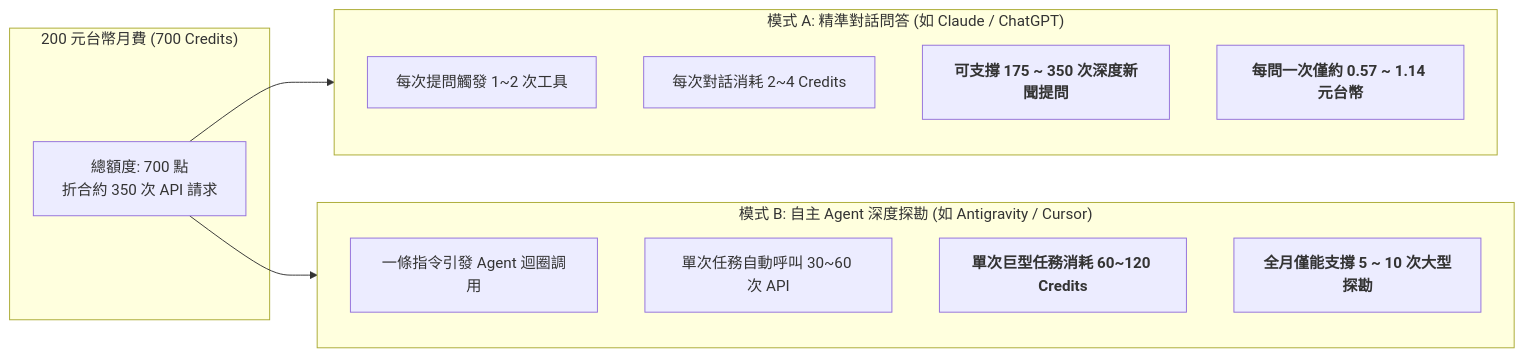
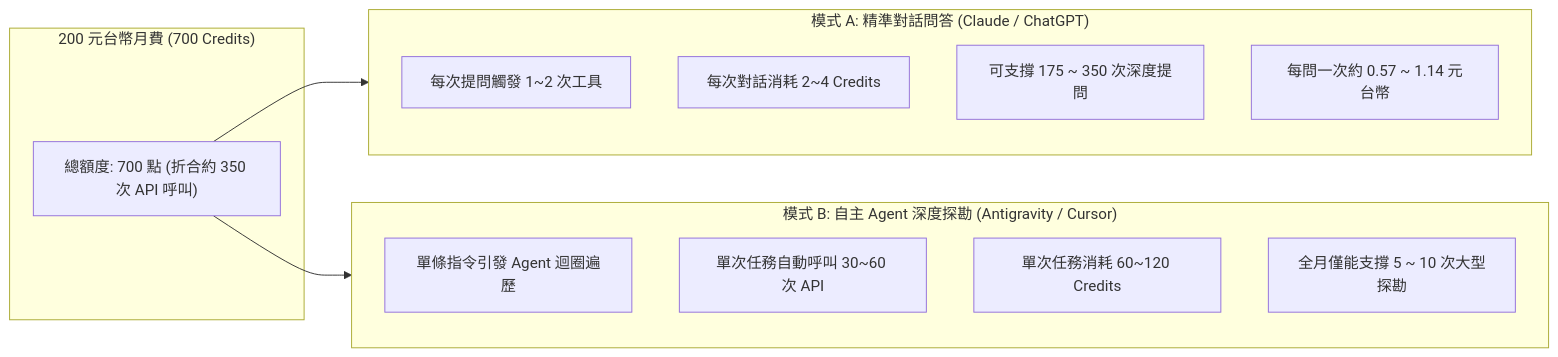
One commit to school98072/cna-mcp-dataset-guide changed the diagram in CREDIT_TRANSPARENCY_REPORT.md. Above: the diagram before and after it, drawn with Mermaid. The commit also changed other lines of this file and 1 other file, not shown here.

Commit message:
fix(docs): overhaul all formulas into responsive markdown tables and sanitize Mermaid syntax

````diff
--- a/CREDIT_TRANSPARENCY_REPORT.md
+++ b/CREDIT_TRANSPARENCY_REPORT.md
@@ -97,23 +106,23 @@
 ```mermaid
 flowchart LR
     subgraph Plan["200 元台幣月費 (700 Credits)"]
-        Budget["總額度: 700 點<br/>折合約 350 次 API 請求"]
+        Budget["總額度: 700 點 (折合約 350 次 API 呼叫)"]
     end
 
-    subgraph ModeA["模式 A: 精準對話問答 (如 Claude / ChatGPT)"]
+    subgraph ModeA["模式 A: 精準對話問答 (Claude / ChatGPT)"]
         A1["每次提問觸發 1~2 次工具"]
         A2["每次對話消耗 2~4 Credits"]
-        A3["<b>可支撐 175 ~ 350 次深度新聞提問</b>"]
-        A4["<b>每問一次僅約 0.57 ~ 1.14 元台幣</b>"]
+        A3["可支撐 175 ~ 350 次深度提問"]
+        A4["每問一次約 0.57 ~ 1.14 元台幣"]
     end
 
-    subgraph ModeB["模式 B: 自主 Agent 深度探勘 (如 Antigravity / Cursor)"]
-        B1["一條指令引發 Agent 迴圈調用"]
+    subgraph ModeB["模式 B: 自主 Agent 深度探勘 (Antigravity / Cursor)"]
+        B1["單條指令引發 Agent 迴圈遍歷"]
         B2["單次任務自動呼叫 30~60 次 API"]
-        B3["<b>單次巨型任務消耗 60~120 Credits</b>"]
-        B4["<b>全月僅能支撐 5 ~ 10 次大型探勘</b>"]
+        B3["單次任務消耗 60~120 Credits"]
+        B4["全月僅能支撐 5 ~ 10 次大型探勘"]
     end
 
     Budget --> ModeA
     Budget --> ModeB
 ```
````
